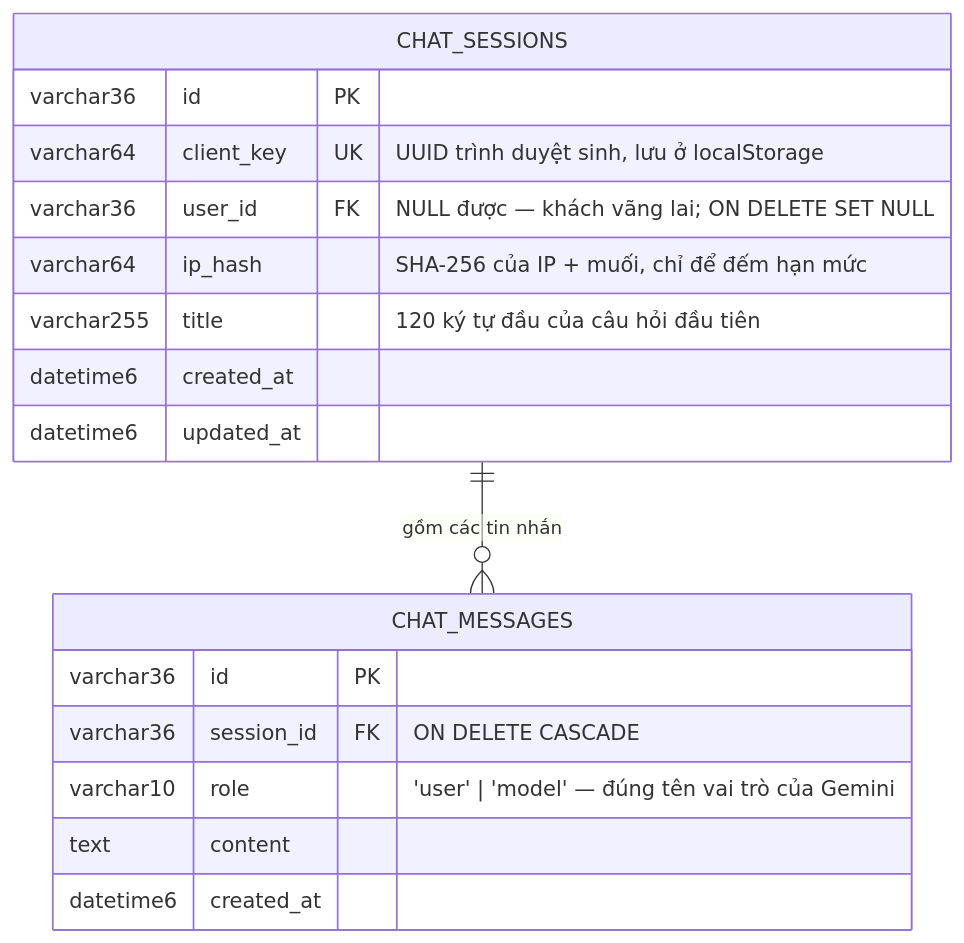
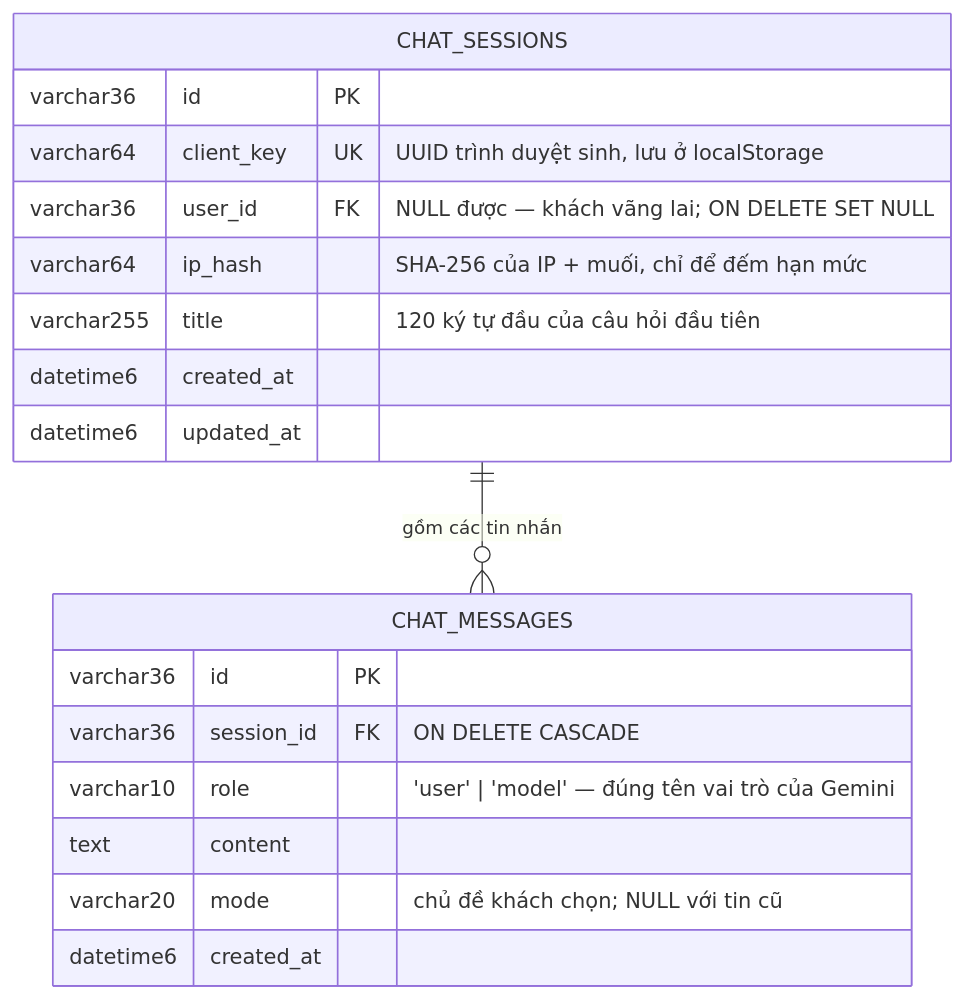
Before and after one commit to ngvuowng/doan: diagram 51 of 51 in docs/SRS.md, drawn with Mermaid. The commit also changed other lines of this file and 15 other files, not shown here.

````diff
--- a/docs/SRS.md
+++ b/docs/SRS.md
@@ -2636,22 +2660,23 @@
 ```mermaid
 erDiagram
     CHAT_SESSIONS ||--o{ CHAT_MESSAGES : "gồm các tin nhắn"
 
     CHAT_SESSIONS {
         varchar36 id PK
         varchar64 client_key UK "UUID trình duyệt sinh, lưu ở localStorage"
         varchar36 user_id FK "NULL được — khách vãng lai; ON DELETE SET NULL"
         varchar64 ip_hash "SHA-256 của IP + muối, chỉ để đếm hạn mức"
         varchar255 title "120 ký tự đầu của câu hỏi đầu tiên"
         datetime6 created_at
         datetime6 updated_at
     }
 
     CHAT_MESSAGES {
         varchar36 id PK
         varchar36 session_id FK "ON DELETE CASCADE"
         varchar10 role "'user' | 'model' — đúng tên vai trò của Gemini"
         text content
+        varchar20 mode "chủ đề khách chọn; NULL với tin cũ"
         datetime6 created_at
     }
 ```
````
